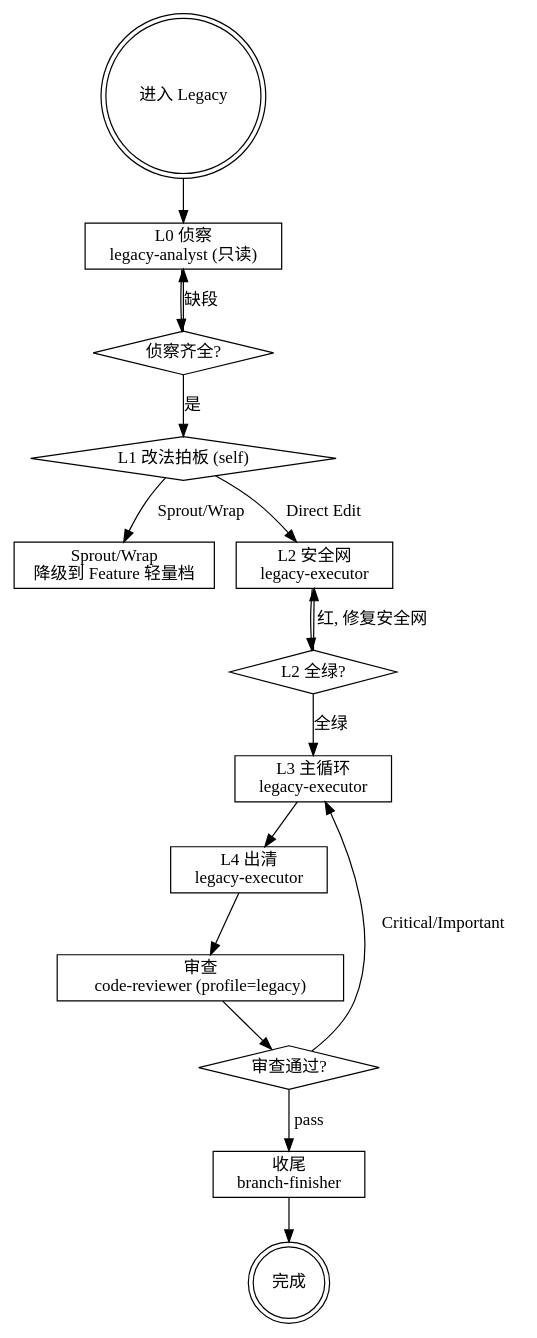
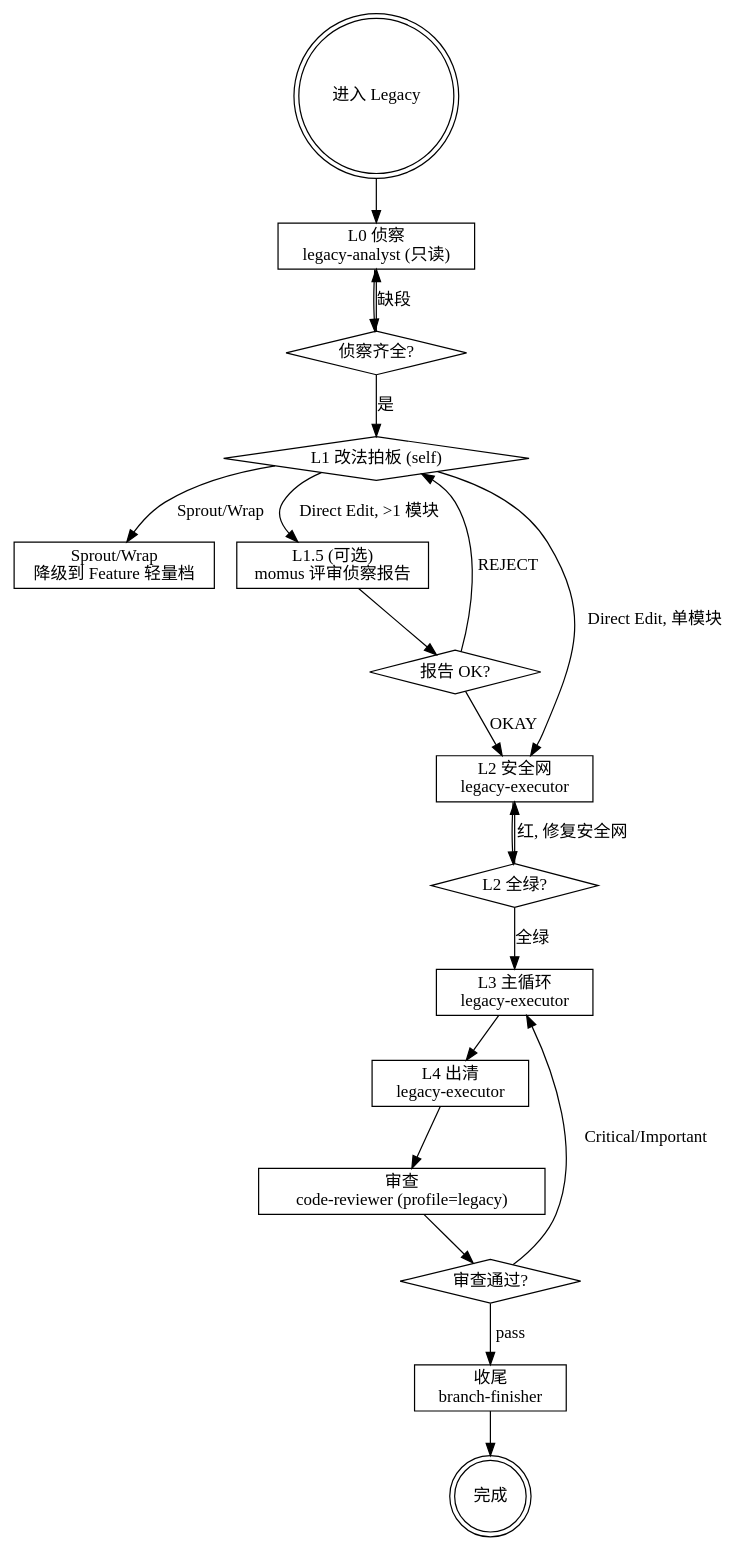
The diagram in agents/Legacy.md (hsiang-lee/my_opencode), drawn with Graphviz before and after one commit. The commit also changed other lines of this file, not shown here.

First line of the commit message:
fix(agents): allow Legacy to dispatch momus for Direct Edit review

````diff
--- a/agents/Legacy.md
+++ b/agents/Legacy.md
@@ -64,35 +65,41 @@
 ```dot
 digraph legacy_flow {
     rankdir=TB;
     start [label="进入 Legacy", shape=doublecircle];
     l0 [label="L0 侦察\nlegacy-analyst (只读)", shape=box];
     l1 [label="L1 改法拍板 (self)", shape=diamond];
     downgrade [label="Sprout/Wrap\n降级到 Feature 轻量档", shape=box];
+    l1_5 [label="L1.5 (可选)\nmomus 评审侦察报告", shape=box];
     l2 [label="L2 安全网\nlegacy-executor", shape=box];
     l3 [label="L3 主循环\nlegacy-executor", shape=box];
     l4 [label="L4 出清\nlegacy-executor", shape=box];
     review [label="审查\ncode-reviewer (profile=legacy)", shape=box];
     finish [label="收尾\nbranch-finisher", shape=box];
 
     gate_l0 [label="侦察齐全?", shape=diamond];
+    gate_l15 [label="报告 OK?", shape=diamond];
     gate_l2 [label="L2 全绿?", shape=diamond];
     gate_review [label="审查通过?", shape=diamond];
     done [label="完成", shape=doublecircle];
 
     start -> l0;
     l0 -> gate_l0;
     gate_l0 -> l1 [label="是"];
     gate_l0 -> l0 [label="缺段"];
     l1 -> downgrade [label="Sprout/Wrap"];
-    l1 -> l2 [label="Direct Edit"];
+    l1 -> l1_5 [label="Direct Edit, >1 模块"];
+    l1 -> l2 [label="Direct Edit, 单模块"];
+    l1_5 -> gate_l15;
+    gate_l15 -> l2 [label="OKAY"];
+    gate_l15 -> l1 [label="REJECT"];
     l2 -> gate_l2;
     gate_l2 -> l3 [label="全绿"];
     gate_l2 -> l2 [label="红, 修复安全网"];
     l3 -> l4;
     l4 -> review;
     review -> gate_review;
     gate_review -> l3 [label="Critical/Important"];
     gate_review -> finish [label="pass"];
     finish -> done;
 }
 ```
````
